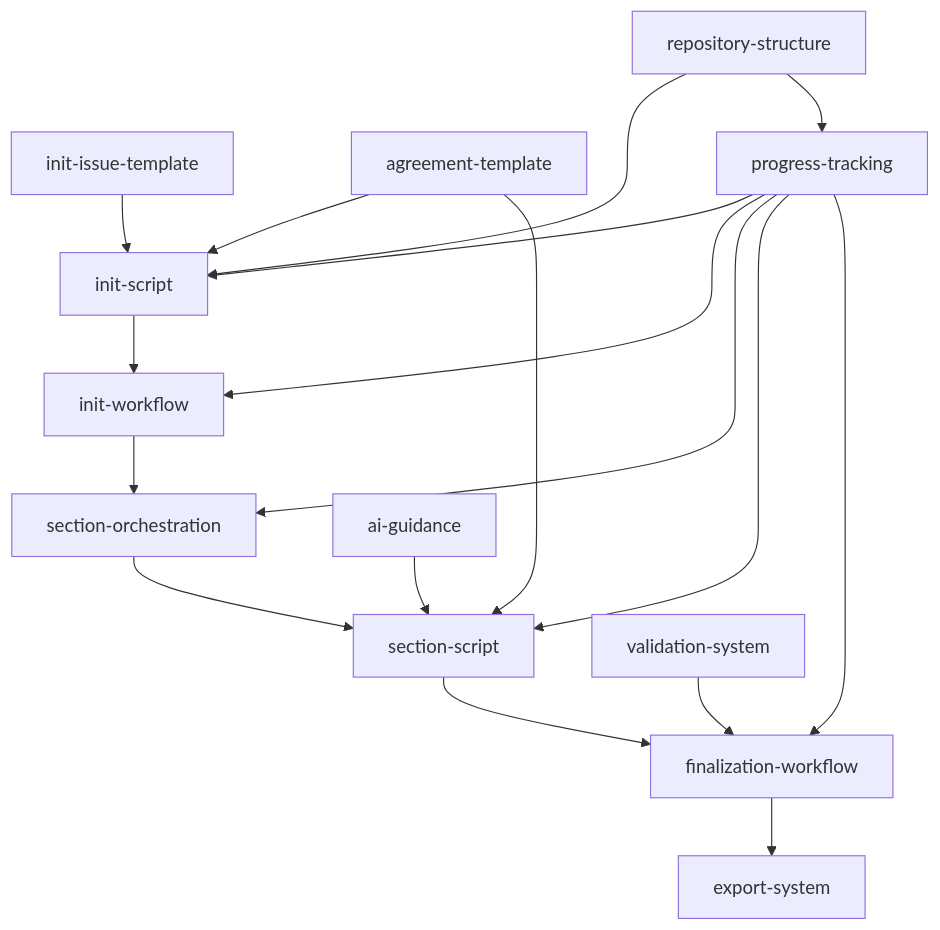
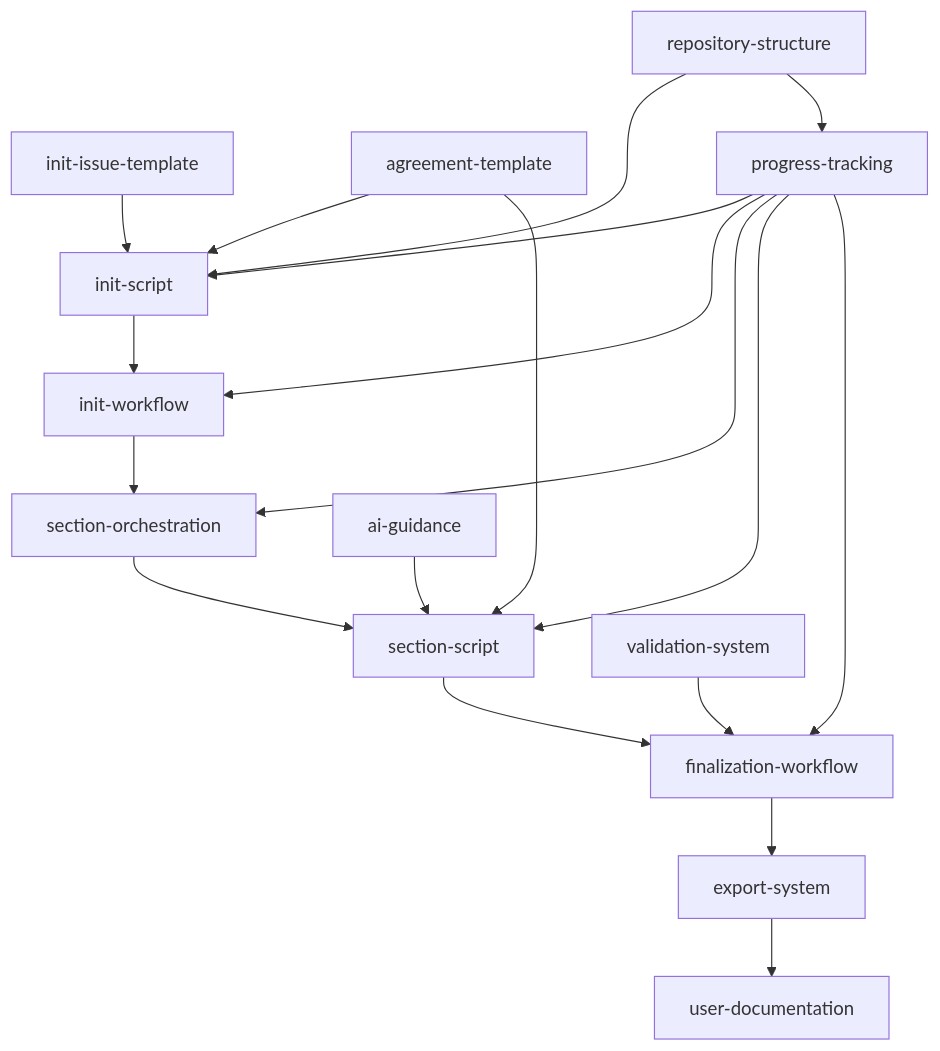
One commit to Xerilium/catalyst-founders-agreement changed the first of 2 diagrams in .xe/specs/blueprint/spec.md. Above: the diagram before and after it, drawn with Mermaid. The commit also changed other lines of this file and 2 other files, not shown here.

````diff
--- a/.xe/specs/blueprint/spec.md
+++ b/.xe/specs/blueprint/spec.md
@@ -43,47 +43,49 @@
 ```mermaid
 graph TD
     %% Tier 0: Foundation
     A[repository-structure]
     B[init-issue-template]
     C[agreement-template]
 
     %% Tier 1: Core Configuration
     D[init-script]
     E[progress-tracking]
 
     %% Tier 2: Automation
     F[init-workflow]
     G[section-orchestration]
 
     %% Tier 3: Section Processing
     H[section-script]
     I[ai-guidance]
     J[validation-system]
 
     %% Tier 4: Finalization
     K[finalization-workflow]
     L[export-system]
+    M[user-documentation]
 
     %% Dependencies
     A --> D
     A --> E
     B --> D
     C --> D
     C --> H
 
     D --> F
     E --> D
     E --> F
     E --> G
     E --> H
     E --> K
 
     F --> G
     G --> H
 
     H --> K
     I --> H
     J --> K
 
     K --> L
+    L --> M
 ```
````
